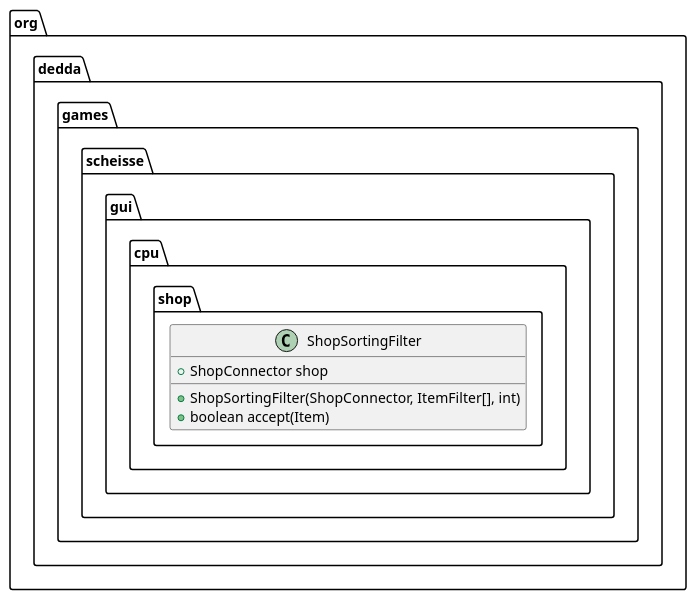
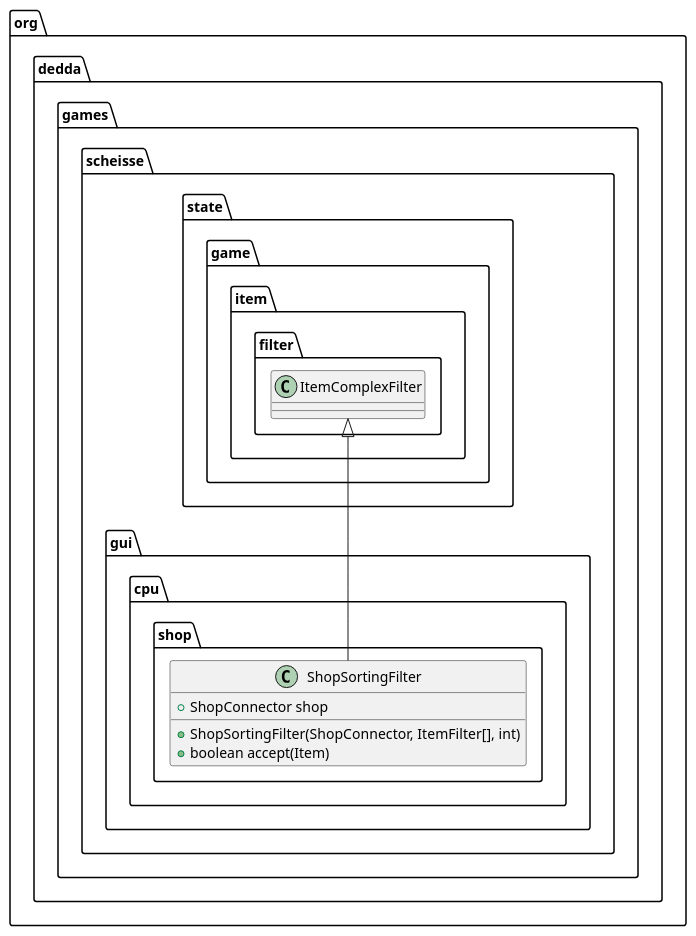
The diagram in uml/classes/org.dedda.games.scheisse.gui.cpu.shop.ShopSortingFilter.puml (gitter-badger/scheisse), drawn with PlantUML before and after one commit. The commit also changed 16 other files, not shown here.

Commit message:
added more classes to uml and started to implement service client classes

```diff
--- a/uml/classes/org.dedda.games.scheisse.gui.cpu.shop.ShopSortingFilter.puml
+++ b/uml/classes/org.dedda.games.scheisse.gui.cpu.shop.ShopSortingFilter.puml
@@ -1,7 +1,11 @@
 @startuml
+class org.dedda.games.scheisse.state.game.item.filter.ItemComplexFilter
+
 class org.dedda.games.scheisse.gui.cpu.shop.ShopSortingFilter{
     + ShopConnector shop
     + ShopSortingFilter(ShopConnector, ItemFilter[], int)
     + boolean accept(Item)
 }
+
+org.dedda.games.scheisse.state.game.item.filter.ItemComplexFilter <|-- org.dedda.games.scheisse.gui.cpu.shop.ShopSortingFilter
 @enduml
```
